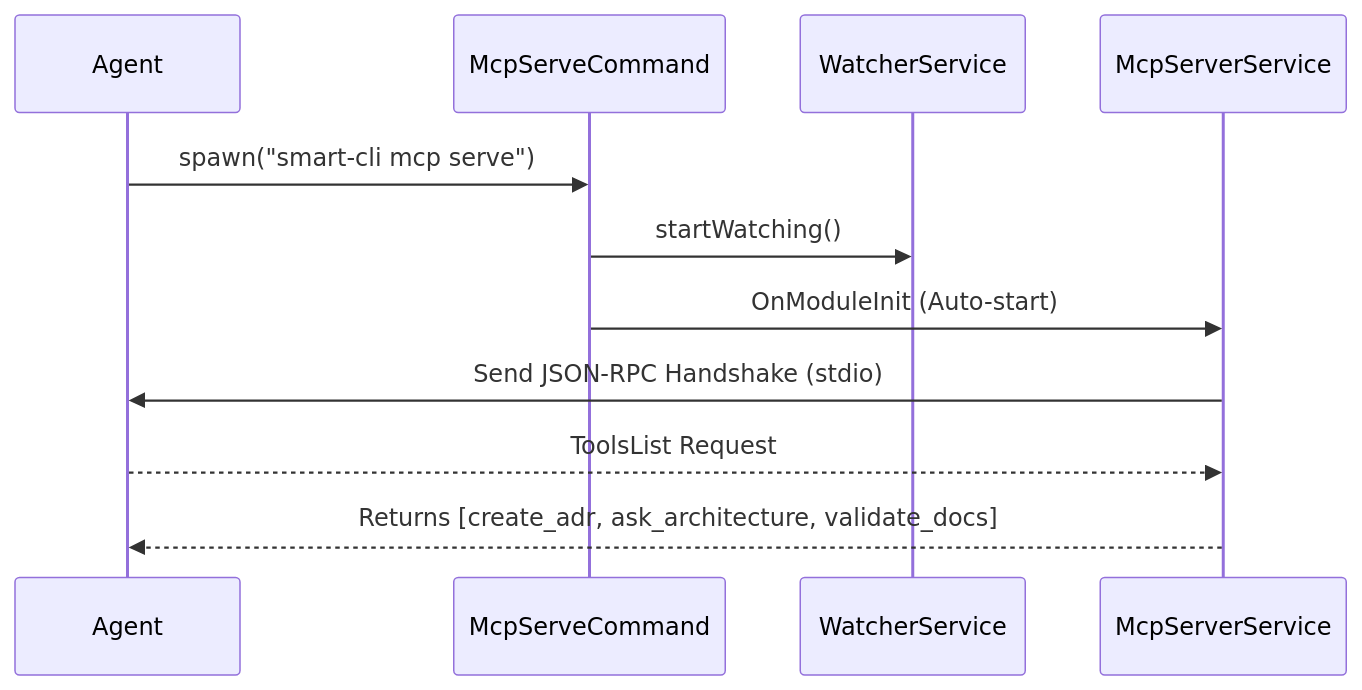
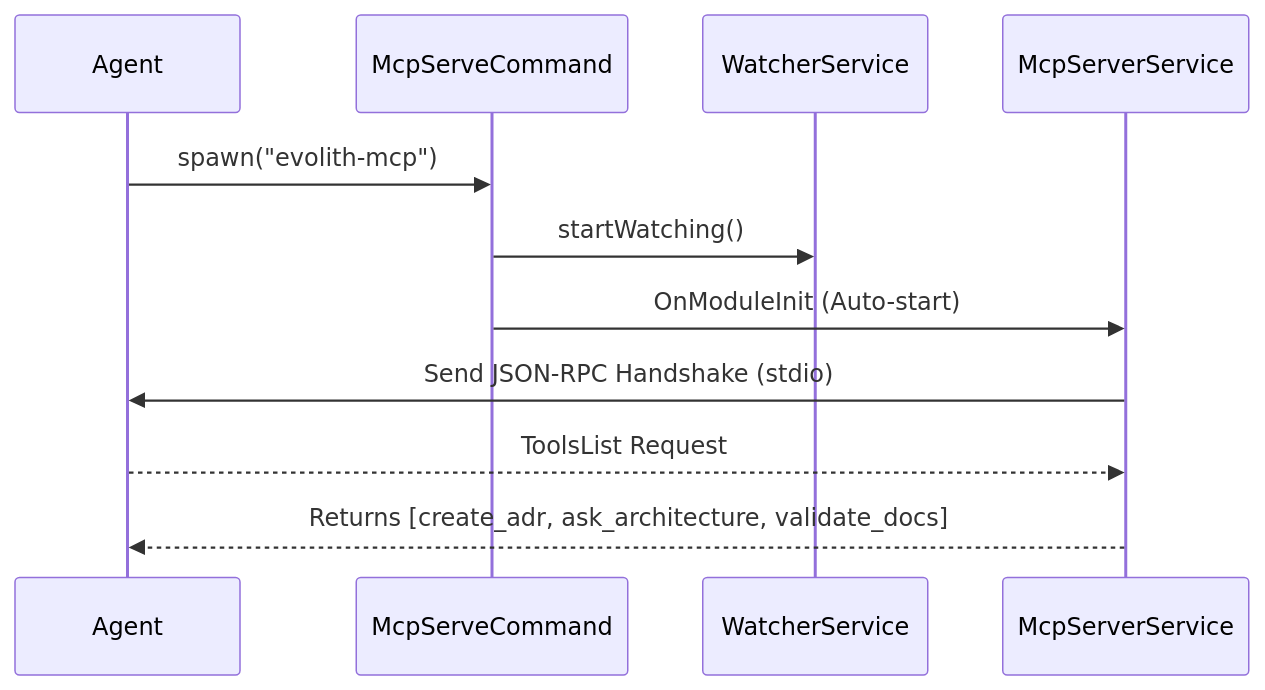
The third of 3 diagrams in reference/core/architecture/foundations/technical-design.md (beyondnetcode/evolith_arch32), drawn with Mermaid before and after one commit. The commit also changed other lines of this file and 195 other files, not shown here.

First line of the commit message:
refactor(brand): align "Smart CLI" → "Evolith CLI" across docs, code, npm, and assemblies

````diff
--- a/reference/core/architecture/foundations/technical-design.md
+++ b/reference/core/architecture/foundations/technical-design.md
@@ -52,14 +52,14 @@
 ```mermaid
 sequenceDiagram
     participant Agent
     participant McpServeCommand
     participant WatcherService
     participant McpServerService
 
-    Agent->>McpServeCommand: spawn("smart-cli mcp serve")
+    Agent->>McpServeCommand: spawn("evolith-mcp")
     McpServeCommand->>WatcherService: startWatching()
     McpServeCommand->>McpServerService: OnModuleInit (Auto-start)
     McpServerService->>Agent: Send JSON-RPC Handshake (stdio)
     Agent-->>McpServerService: ToolsList Request
     McpServerService-->>Agent: Returns [create_adr, ask_architecture, validate_docs]
 ```
````
